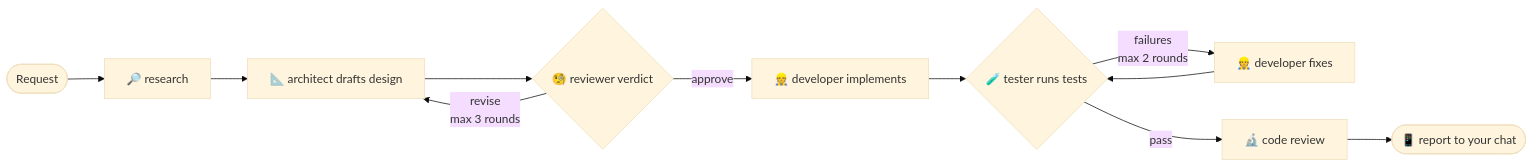
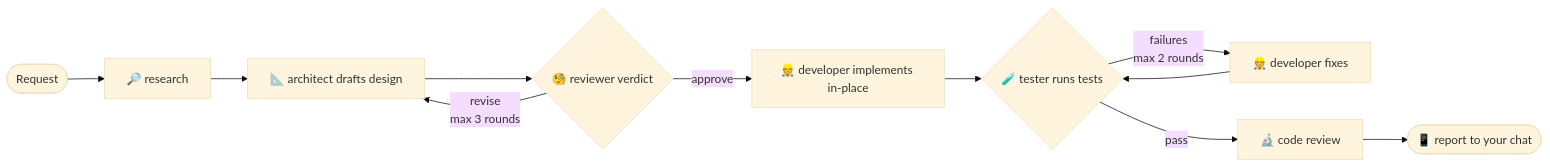
The third of 5 diagrams in docs/ARCHITECTURE.md (ihabbishara/AIOS), drawn with Mermaid (base theme) before and after one commit. The commit also changed other lines of this file and 3 other files, not shown here.

````diff
--- a/docs/ARCHITECTURE.md
+++ b/docs/ARCHITECTURE.md
@@ -106,13 +110,13 @@
 ```mermaid
 flowchart LR
     REQ([Request]) --> RES[🔎 research]
     RES --> ARCH[📐 architect drafts design]
     ARCH --> REV{🧐 reviewer verdict}
     REV -->|revise<br/>max 3 rounds| ARCH
-    REV -->|approve| DEV[👷 developer implements]
+    REV -->|approve| DEV[👷 developer implements in-place]
     DEV --> TEST{🧪 tester runs tests}
     TEST -->|failures<br/>max 2 rounds| FIX[👷 developer fixes]
     FIX --> TEST
     TEST -->|pass| CR[🔬 code review]
     CR --> REP([📱 report to your chat])
 ```
````
